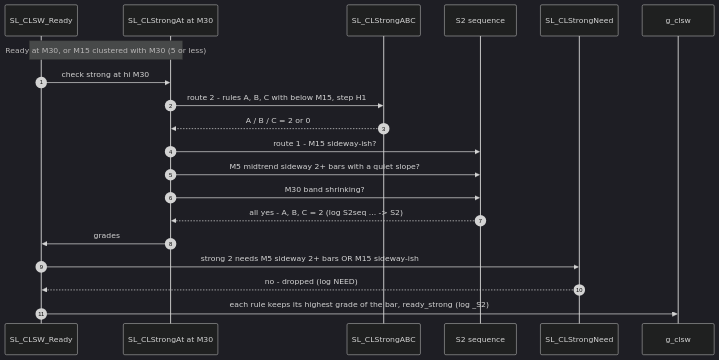
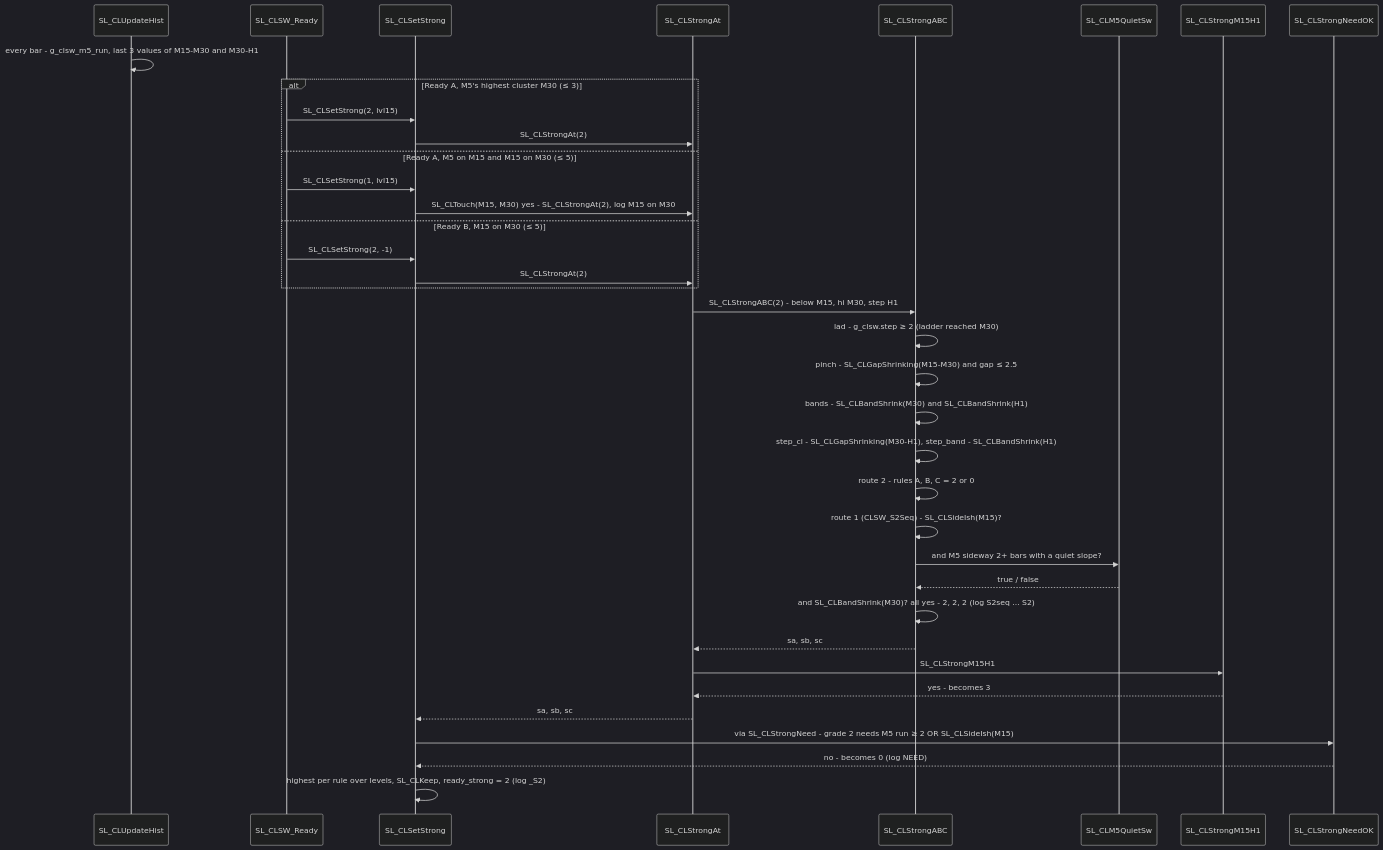
One commit to Terrypang89/BB_MTF_M15_STRATEGY changed the fourth of 14 diagrams in references/CLSW_BreakoutV3_Requirements_Architecture.md. Above: the diagram before and after it, drawn with Mermaid (dark theme). The commit also changed other lines of this file, not shown here.

Commit message:
update CLSW_BreakoutV3 with more detail of sequence diagram and strong function

````diff
--- a/references/CLSW_BreakoutV3_Requirements_Architecture.md
+++ b/references/CLSW_BreakoutV3_Requirements_Architecture.md
@@ -242,23 +253,40 @@
 ```mermaid
 sequenceDiagram
-    autonumber
+    participant HIST as SL_CLUpdateHist
     participant RDY as SL_CLSW_Ready
-    participant AT as SL_CLStrongAt at M30
+    participant SET as SL_CLSetStrong
+    participant AT as SL_CLStrongAt
     participant ABC as SL_CLStrongABC
-    participant SEQ as S2 sequence
-    participant NEED as SL_CLStrongNeed
-    participant G as g_clsw
+    participant M5Q as SL_CLM5QuietSw
+    participant M1 as SL_CLStrongM15H1
+    participant NEED as SL_CLStrongNeedOK
 
-    Note over RDY,AT: Ready at M30, or M15 clustered with M30 (5 or less)
-    RDY->>AT: check strong at hi M30
-    AT->>ABC: route 2 - rules A, B, C with below M15, step H1
-    ABC-->>AT: A / B / C = 2 or 0
-    AT->>SEQ: route 1 - M15 sideway-ish?
-    AT->>SEQ: M5 midtrend sideway 2+ bars with a quiet slope?
-    AT->>SEQ: M30 band shrinking?
-    SEQ-->>AT: all yes - A, B, C = 2 (log S2seq ... -> S2)
-    AT->>RDY: grades
-    RDY->>NEED: strong 2 needs M5 sideway 2+ bars OR M15 sideway-ish
-    NEED-->>RDY: no - dropped (log NEED)
-    RDY->>G: each rule keeps its highest grade of the bar, ready_strong (log _S2)
+    HIST->>HIST: every bar - g_clsw_m5_run, last 3 values of M15-M30 and M30-H1
+    alt Ready A, M5's highest cluster M30 (≤ 3)
+        RDY->>SET: SL_CLSetStrong(2, lvl15)
+        SET->>AT: SL_CLStrongAt(2)
+    else Ready A, M5 on M15 and M15 on M30 (≤ 5)
+        RDY->>SET: SL_CLSetStrong(1, lvl15)
+        SET->>AT: SL_CLTouch(M15, M30) yes - SL_CLStrongAt(2), log M15 on M30
+    else Ready B, M15 on M30 (≤ 5)
+        RDY->>SET: SL_CLSetStrong(2, -1)
+        SET->>AT: SL_CLStrongAt(2)
+    end
+    AT->>ABC: SL_CLStrongABC(2) - below M15, hi M30, step H1
+    ABC->>ABC: lad - g_clsw.step ≥ 2 (ladder reached M30)
+    ABC->>ABC: pinch - SL_CLGapShrinking(M15-M30) and gap ≤ 2.5
+    ABC->>ABC: bands - SL_CLBandShrink(M30) and SL_CLBandShrink(H1)
+    ABC->>ABC: step_cl - SL_CLGapShrinking(M30-H1), step_band - SL_CLBandShrink(H1)
+    ABC->>ABC: route 2 - rules A, B, C = 2 or 0
+    ABC->>ABC: route 1 (CLSW_S2Seq) - SL_CLSideIsh(M15)?
+    ABC->>M5Q: and M5 sideway 2+ bars with a quiet slope?
+    M5Q-->>ABC: true / false
+    ABC->>ABC: and SL_CLBandShrink(M30)? all yes - 2, 2, 2 (log S2seq ... S2)
+    ABC-->>AT: sa, sb, sc
+    AT->>M1: SL_CLStrongM15H1
+    M1-->>AT: yes - becomes 3
+    AT-->>SET: sa, sb, sc
+    SET->>NEED: via SL_CLStrongNeed - grade 2 needs M5 run ≥ 2 OR SL_CLSideIsh(M15)
+    NEED-->>SET: no - becomes 0 (log NEED)
+    SET->>SET: highest per rule over levels, SL_CLKeep, ready_strong = 2 (log _S2)
 ```
````
